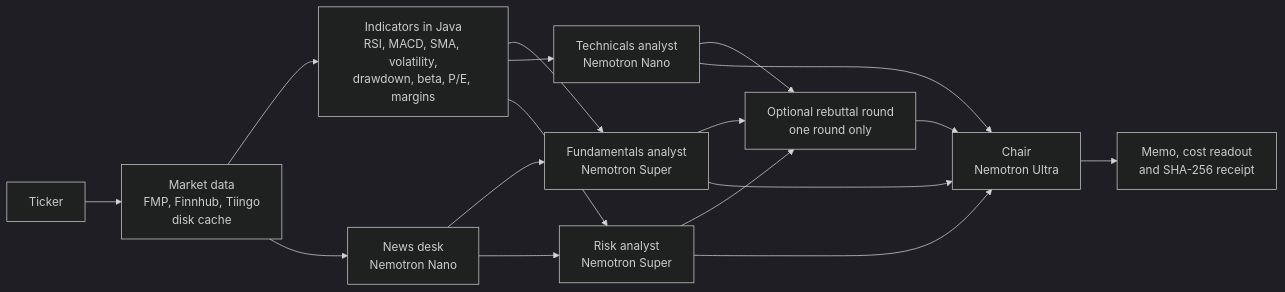
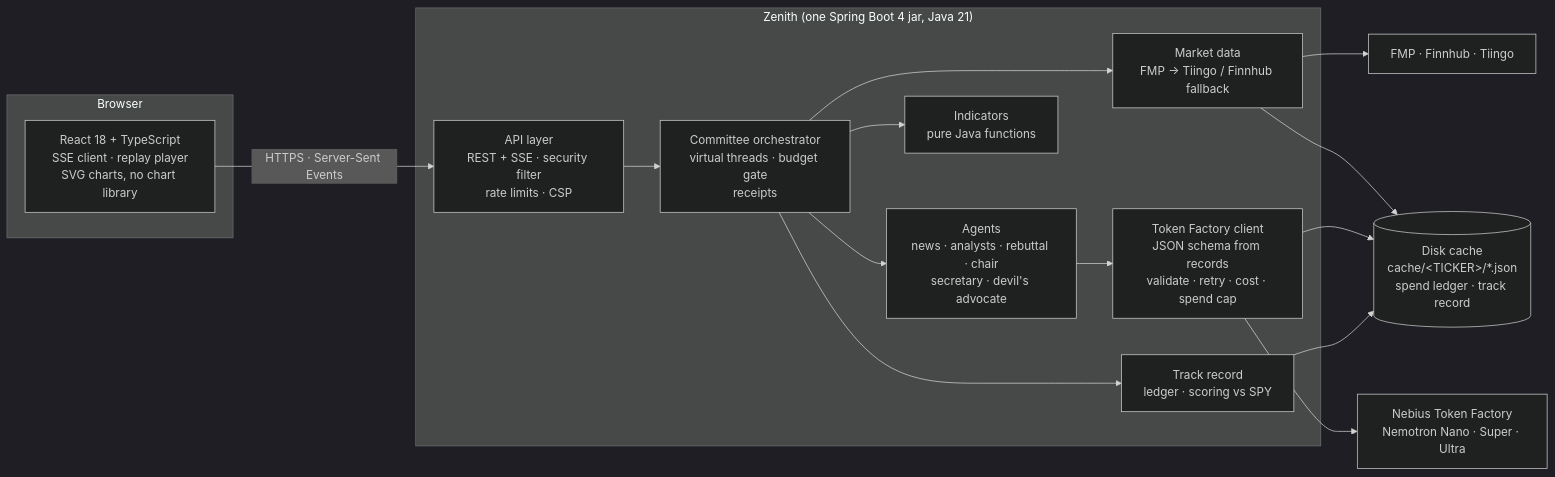
Before and after one commit to samaunmahmud/zenith: the first of 2 diagrams in README.md, drawn with Mermaid (dark theme). The commit also changed other lines of this file and 30 other files, not shown here.

````diff
--- a/README.md
+++ b/README.md
@@ -136,15 +286,33 @@
 ```mermaid
 flowchart LR
-    U[Ticker] --> D[Market data<br/>FMP, Finnhub, Tiingo<br/>disk cache]
-    D --> I[Indicators in Java<br/>RSI, MACD, SMA, volatility,<br/>drawdown, beta, P/E, margins]
-    D --> N[News desk<br/>Nemotron Nano]
-    I --> F[Fundamentals analyst<br/>Nemotron Super]
-    I --> T[Technicals analyst<br/>Nemotron Nano]
-    I --> R[Risk analyst<br/>Nemotron Super]
-    N --> F
-    N --> R
-    F & T & R --> RB[Optional rebuttal round<br/>one round only]
-    F & T & R --> C[Chair<br/>Nemotron Ultra]
-    RB --> C
-    C --> M[Memo, cost readout<br/>and SHA-256 receipt]
+    subgraph Client["Browser"]
+        Web["React 18 + TypeScript<br/>SSE client · replay player<br/>SVG charts, no chart library"]
+    end
+
+    subgraph Server["Zenith (one Spring Boot 4 jar, Java 21)"]
+        API["API layer<br/>REST + SSE · security filter<br/>rate limits · CSP"]
+        Committee["Committee orchestrator<br/>virtual threads · budget gate<br/>receipts"]
+        Agents["Agents<br/>news · analysts · rebuttal · chair<br/>secretary · devil's advocate"]
+        LLM["Token Factory client<br/>JSON schema from records<br/>validate · retry · cost · spend cap"]
+        Ind["Indicators<br/>pure Java functions"]
+        Data["Market data<br/>FMP → Tiingo / Finnhub fallback"]
+        Track["Track record<br/>ledger · scoring vs SPY"]
+    end
+
+    Disk[("Disk cache<br/>cache/&lt;TICKER&gt;/*.json<br/>spend ledger · track record")]
+    TF["Nebius Token Factory<br/>Nemotron Nano · Super · Ultra"]
+    MD["FMP · Finnhub · Tiingo"]
+
+    Web -- "HTTPS · Server-Sent Events" --> API
+    API --> Committee
+    Committee --> Data
+    Committee --> Ind
+    Committee --> Agents
+    Agents --> LLM
+    LLM --> TF
+    Data --> MD
+    Data --> Disk
+    LLM --> Disk
+    Committee --> Track
+    Track --> Disk
 ```
````
